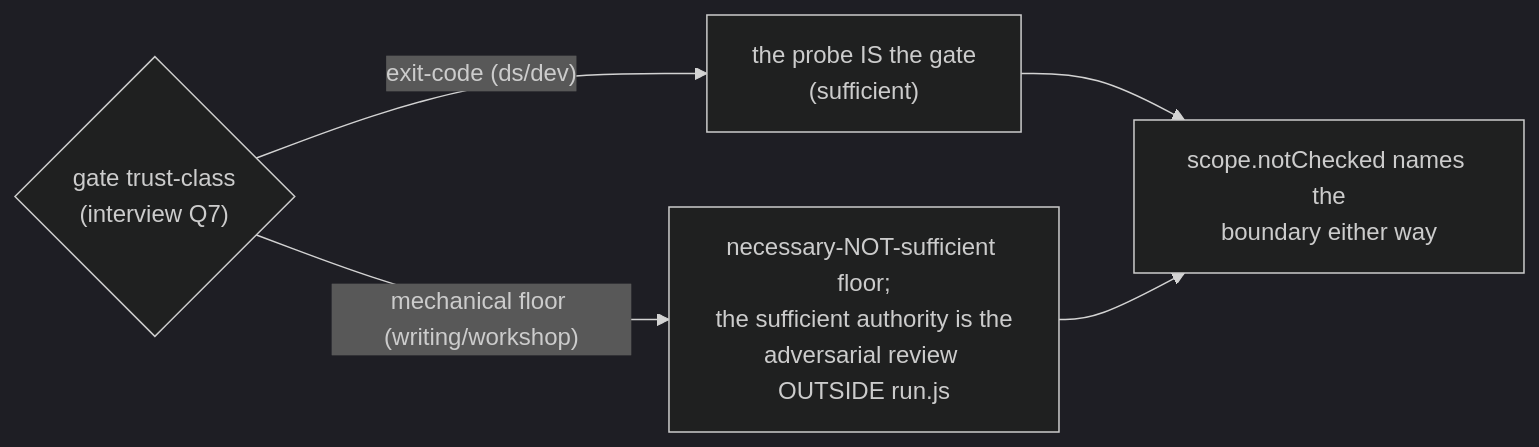
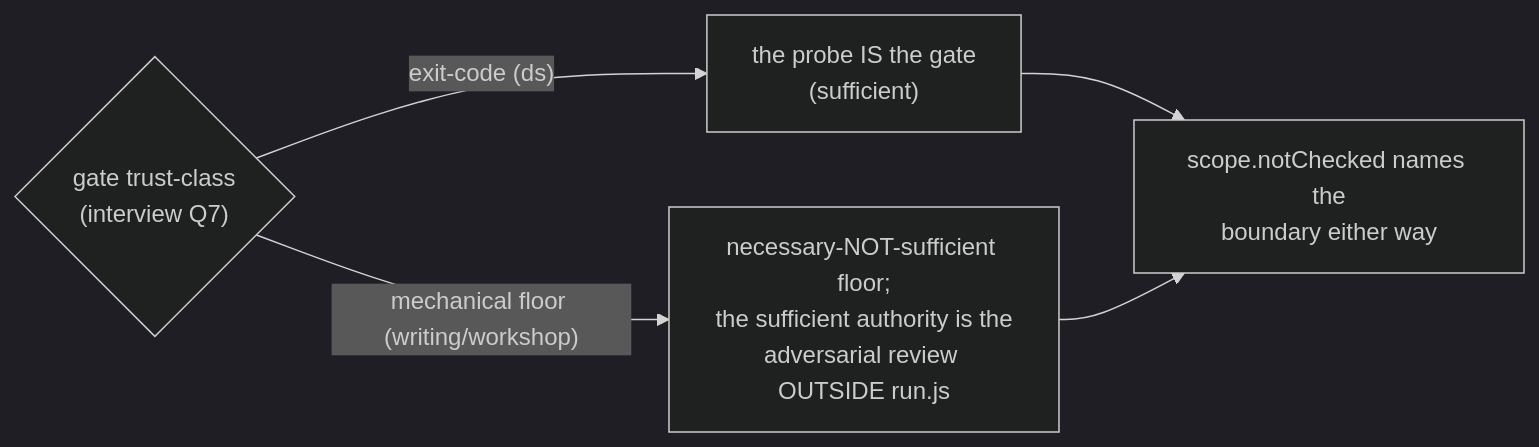
The eighth of 12 diagrams in docs/compiled-runner-architecture.md (edwinhu/claude-plugins), drawn with Mermaid (dark theme) before and after one commit. The commit also changed other lines of this file and 81 other files, not shown here.

````diff
--- a/docs/compiled-runner-architecture.md
+++ b/docs/compiled-runner-architecture.md
@@ -229,8 +229,8 @@
 ```mermaid
 flowchart LR
     TC{"gate trust-class<br/>(interview Q7)"}
-    TC -->|"exit-code (ds/dev)"| EC["the probe IS the gate<br/>(sufficient)"]
+    TC -->|"exit-code (ds)"| EC["the probe IS the gate<br/>(sufficient)"]
     TC -->|"mechanical floor (writing/workshop)"| FL["necessary-NOT-sufficient floor;<br/>the sufficient authority is the<br/>adversarial review OUTSIDE run.js"]
     EC --> SCOPE["scope.notChecked names the<br/>boundary either way"]
     FL --> SCOPE
 ```
````
